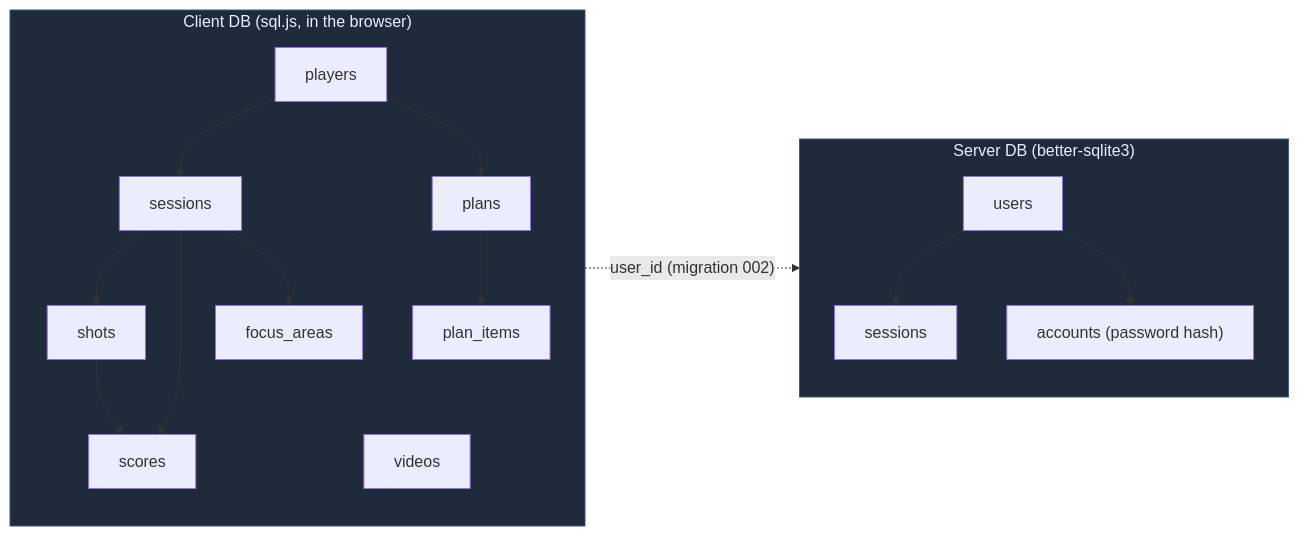
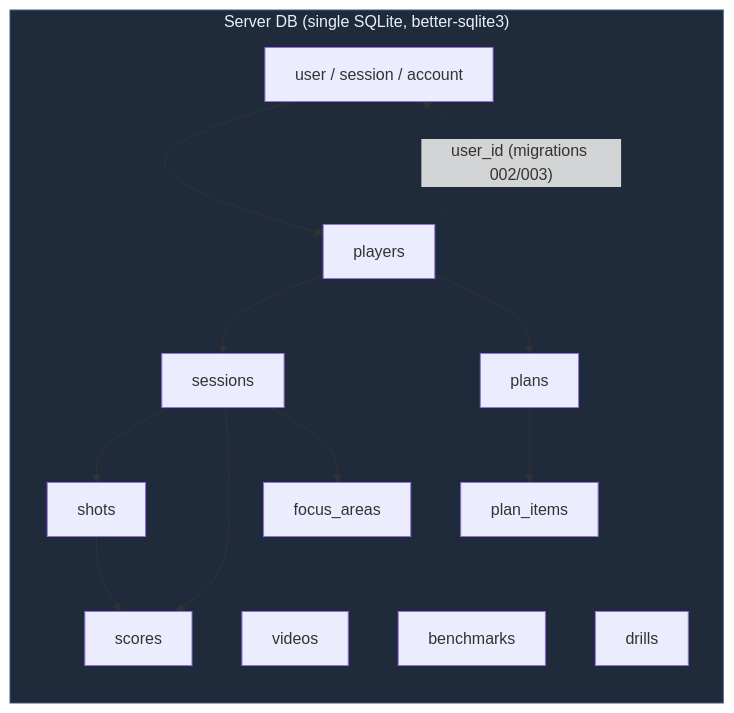
Diagram 12 of 12 in docs/architecture.md (calinwolf08/shot-analysis), drawn with Mermaid before and after one commit. The commit also changed other lines of this file and 2 other files, not shown here.

First line of the commit message:
docs(8.3): update architecture for the single-server topology

````diff
--- a/docs/architecture.md
+++ b/docs/architecture.md
@@ -392,23 +417,21 @@
 ```mermaid
 flowchart LR
-    subgraph AppDB["Client DB (sql.js, in the browser)"]
+    subgraph DB["Server DB (single SQLite, better-sqlite3)"]
         direction TB
+        users["user / session / account"] --> players
         players --> sessions
         sessions --> shots
         sessions --> scores
         shots --> scores
         sessions --> focus["focus_areas"]
         plans --> plan_items
         players --> plans
         videos
+        benchmarks
+        drills
     end
-    subgraph AuthDB["Server DB (better-sqlite3)"]
-        direction TB
-        users --> authsessions["sessions"]
-        users --> accounts["accounts (password hash)"]
-    end
-    players -.->|"user_id (migration 002)"| users
+    players -.->|"user_id (migrations 002/003)"| users
 
     classDef store fill:#1f2a3a,stroke:#3d5a80,color:#e8f0ff;
-    class AppDB,AuthDB store;
+    class DB store;
 ```
````
